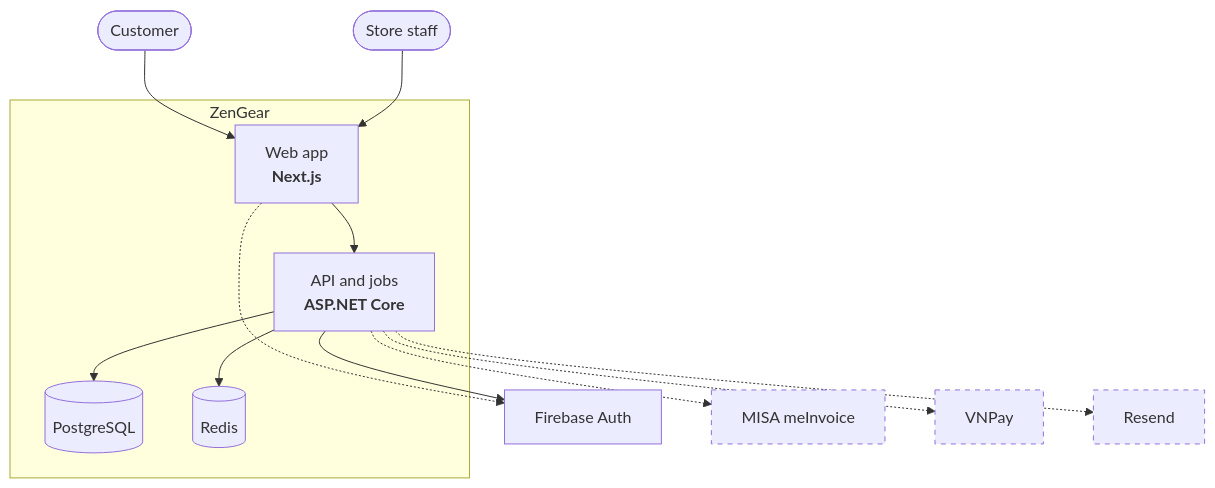
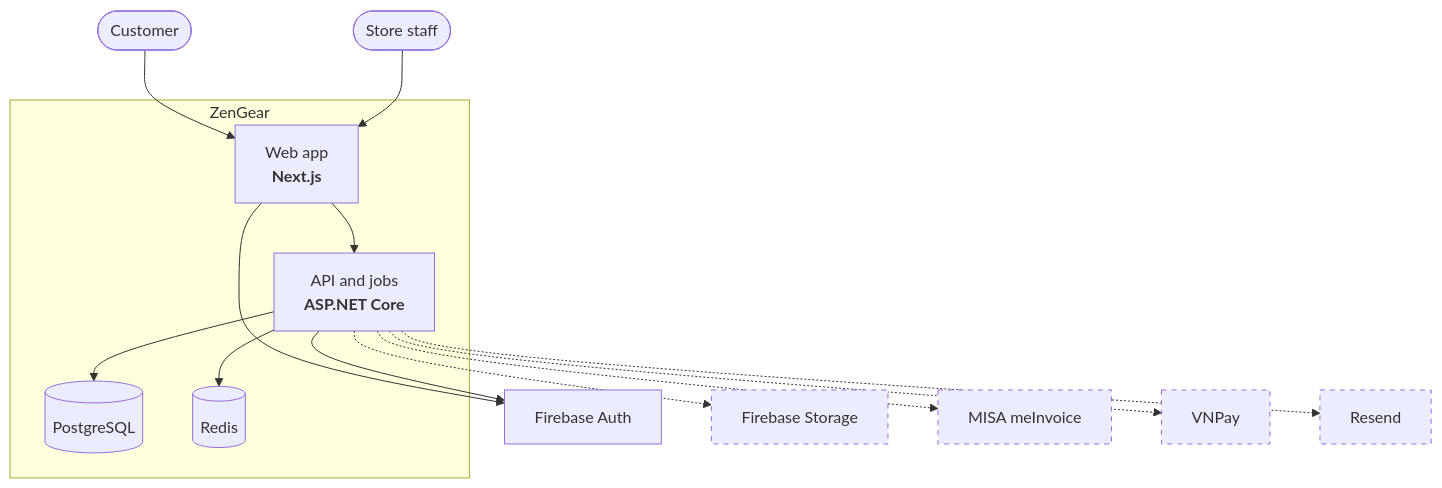
One commit to taitt0600/zengear changed the first of 2 diagrams in README.md. Above: the diagram before and after it, drawn with Mermaid. The commit also changed other lines of this file, not shown here.

````diff
--- a/README.md
+++ b/README.md
@@ -40,27 +40,29 @@
 ```mermaid
 flowchart TB
   customer(["Customer"])
   staff(["Store staff"])
   subgraph zg["ZenGear"]
     webapp["Web app<br/><b>Next.js</b>"]
     api["API and jobs<br/><b>ASP.NET Core</b>"]
     db[("PostgreSQL")]
     cache[("Redis")]
   end
   firebase["Firebase Auth"]
+  storage["Firebase Storage"]
   misa["MISA meInvoice"]
   vnpay["VNPay"]
   resend["Resend"]
   customer --> webapp
   staff --> webapp
   webapp --> api
-  webapp -.-> firebase
+  webapp --> firebase
   api --> db
   api --> cache
   api --> firebase
+  api -.-> storage
   api -.-> misa
   api -.-> vnpay
   api -.-> resend
   classDef planned stroke-dasharray: 5 5
-  class misa,vnpay,resend planned
+  class storage,misa,vnpay,resend planned
 ```
````
